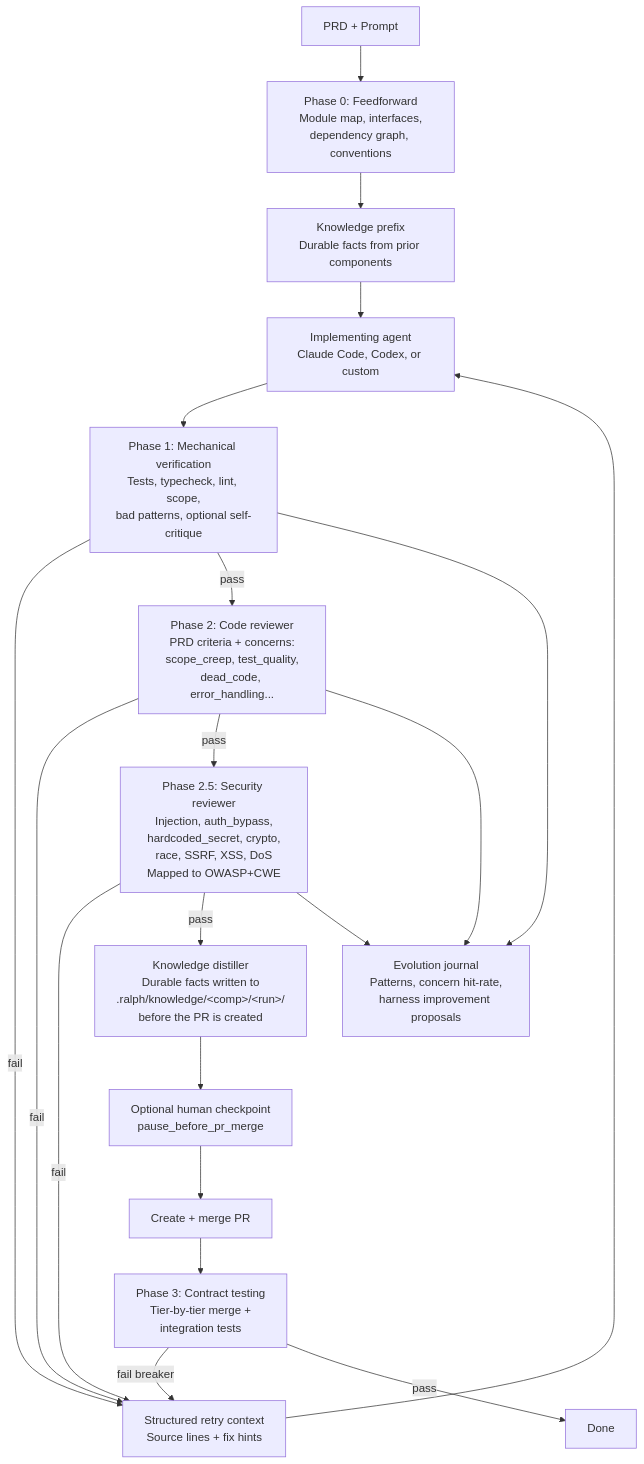
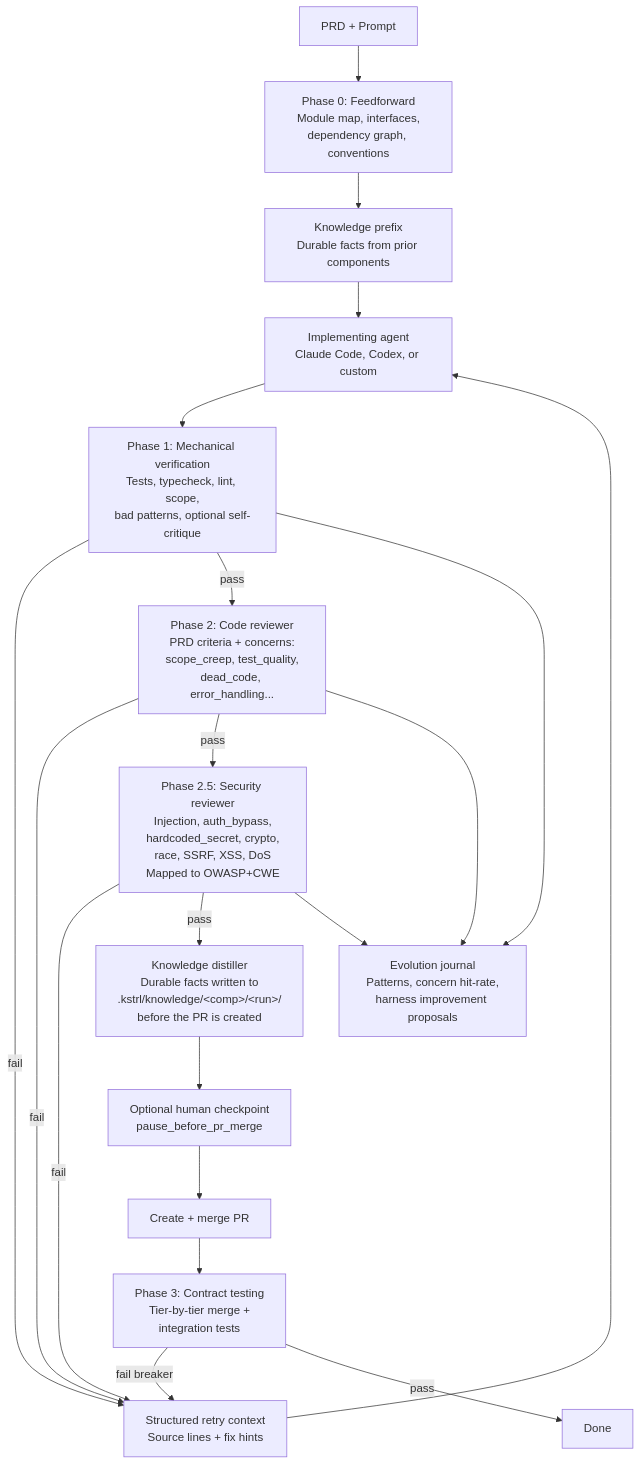
One commit to 0xfauzi/kstrl changed the first of 5 diagrams in README.md. Above: the diagram before and after it, drawn with Mermaid. The commit also changed other lines of this file and 33 other files, not shown here.

````diff
--- a/README.md
+++ b/README.md
@@ -15,22 +15,22 @@
 ```mermaid
 flowchart TD
     PRD["PRD + Prompt"] --> FF["Phase 0: Feedforward<br/>Module map, interfaces,<br/>dependency graph, conventions"]
     FF --> Knowledge["Knowledge prefix<br/>Durable facts from prior components"]
     Knowledge --> Agent["Implementing agent<br/>Claude Code, Codex, or custom"]
     Agent --> P1["Phase 1: Mechanical verification<br/>Tests, typecheck, lint, scope,<br/>bad patterns, optional self-critique"]
     P1 -->|fail| Retry["Structured retry context<br/>Source lines + fix hints"]
     Retry --> Agent
     P1 -->|pass| P2["Phase 2: Code reviewer<br/>PRD criteria + concerns:<br/>scope_creep, test_quality,<br/>dead_code, error_handling..."]
     P2 -->|fail| Retry
     P2 -->|pass| P25["Phase 2.5: Security reviewer<br/>Injection, auth_bypass,<br/>hardcoded_secret, crypto,<br/>race, SSRF, XSS, DoS<br/>Mapped to OWASP+CWE"]
     P25 -->|fail| Retry
-    P25 -->|pass| Distill["Knowledge distiller<br/>Durable facts written to<br/>.ralph/knowledge/&lt;comp&gt;/&lt;run&gt;/<br/>before the PR is created"]
+    P25 -->|pass| Distill["Knowledge distiller<br/>Durable facts written to<br/>.kstrl/knowledge/&lt;comp&gt;/&lt;run&gt;/<br/>before the PR is created"]
     Distill --> HITL["Optional human checkpoint<br/>pause_before_pr_merge"]
     HITL --> PR["Create + merge PR"]
     PR --> P3["Phase 3: Contract testing<br/>Tier-by-tier merge +<br/>integration tests"]
     P3 -->|fail breaker| Retry
     P3 -->|pass| Done["Done"]
     P1 --> Journal["Evolution journal<br/>Patterns, concern hit-rate,<br/>harness improvement proposals"]
     P2 --> Journal
     P25 --> Journal
 ```
````
